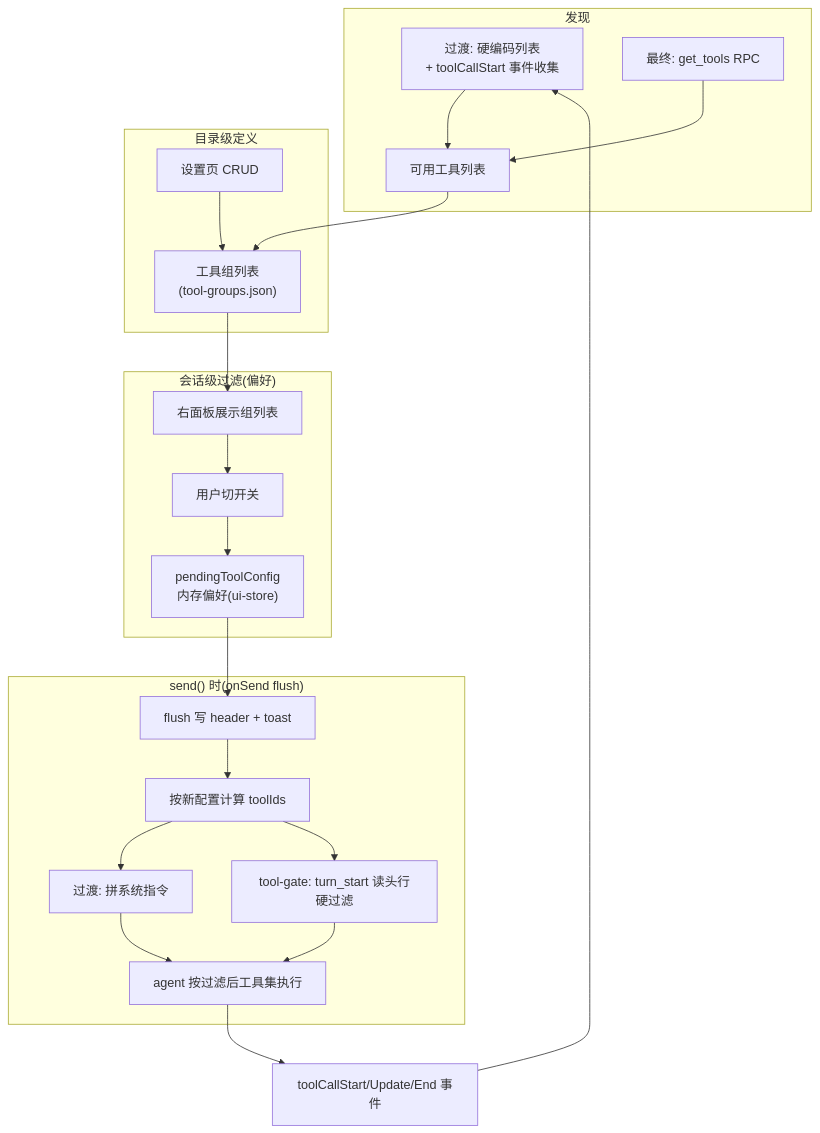
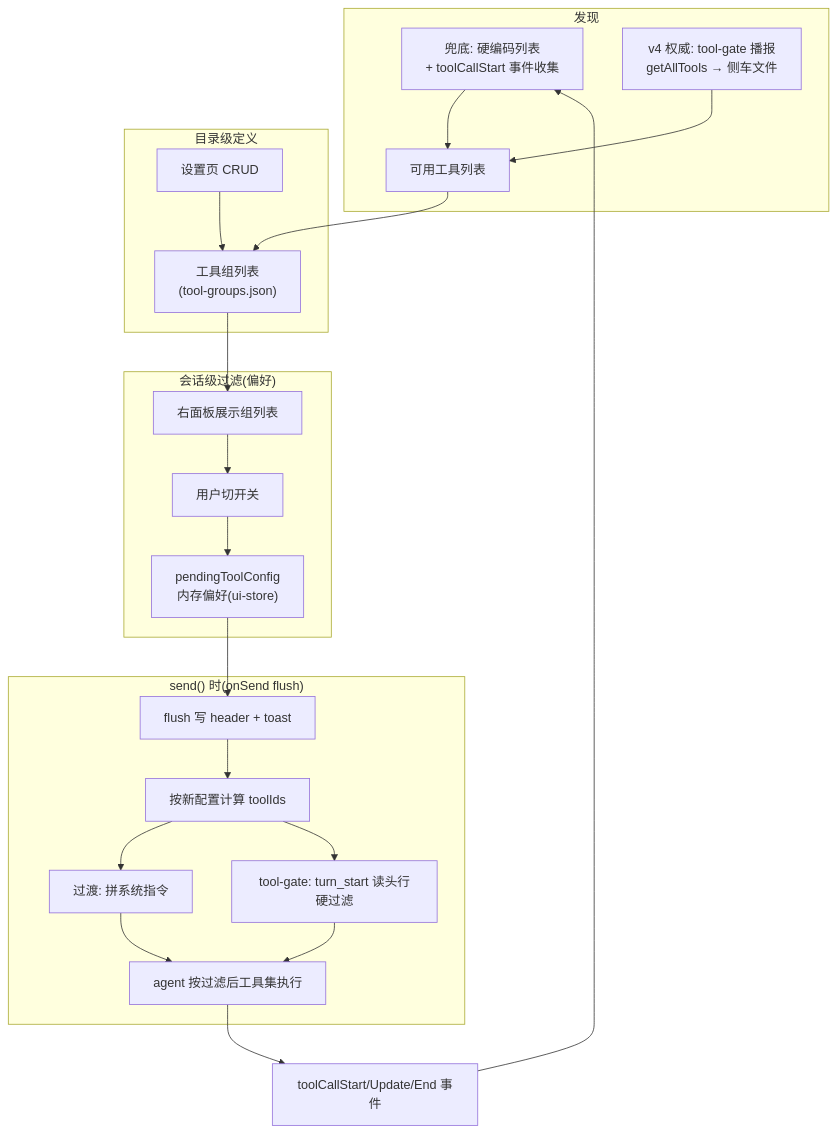
Before and after one commit to GOODDAYDAY/my-harness-desktop: the first of 2 diagrams in docs/design/tool-manager-design.md, drawn with Mermaid. The commit also changed other lines of this file and 1 other file, not shown here.

First line of the commit message:
docs(tool-manager): v4 修订——工具发现最终期定为 tool-gate 播报 + 侧车文件

````diff
--- a/docs/design/tool-manager-design.md
+++ b/docs/design/tool-manager-design.md
@@ -442,30 +522,30 @@
 ```mermaid
 flowchart TD
     subgraph 发现
-        A["过渡: 硬编码列表<br/>+ toolCallStart 事件收集"] --> T["可用工具列表"]
-        B["最终: get_tools RPC"] --> T
+        A["兜底: 硬编码列表<br/>+ toolCallStart 事件收集"] --> T["可用工具列表"]
+        B["v4 权威: tool-gate 播报<br/>getAllTools → 侧车文件"] --> T
     end
 
     subgraph 定义["目录级定义"]
         T --> G["工具组列表<br/>(tool-groups.json)"]
         SET["设置页 CRUD"] --> G
     end
 
     subgraph 过滤["会话级过滤(偏好)"]
         G --> R["右面板展示组列表"]
         R --> S["用户切开关"]
         S --> PD["pendingToolConfig<br/>内存偏好(ui-store)"]
     end
 
     subgraph 应用["send() 时(onSend flush)"]
         PD --> FL["flush 写 header + toast"]
         FL --> CALC["按新配置计算 toolIds"]
         CALC --> SOFT["过渡: 拼系统指令"]
         CALC --> HARD["tool-gate: turn_start 读头行硬过滤"]
         SOFT --> AGENT["agent 按过滤后工具集执行"]
         HARD --> AGENT
     end
 
     AGENT --> EVT["toolCallStart/Update/End 事件"]
     EVT --> A
 ```
````
